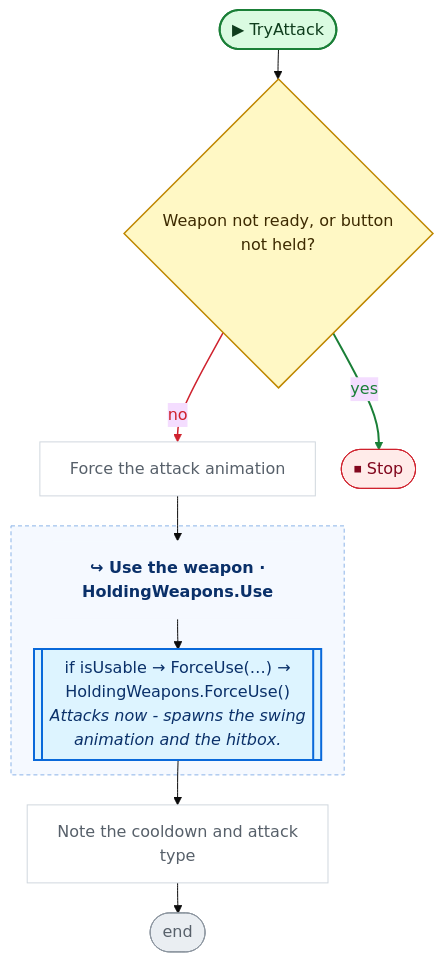
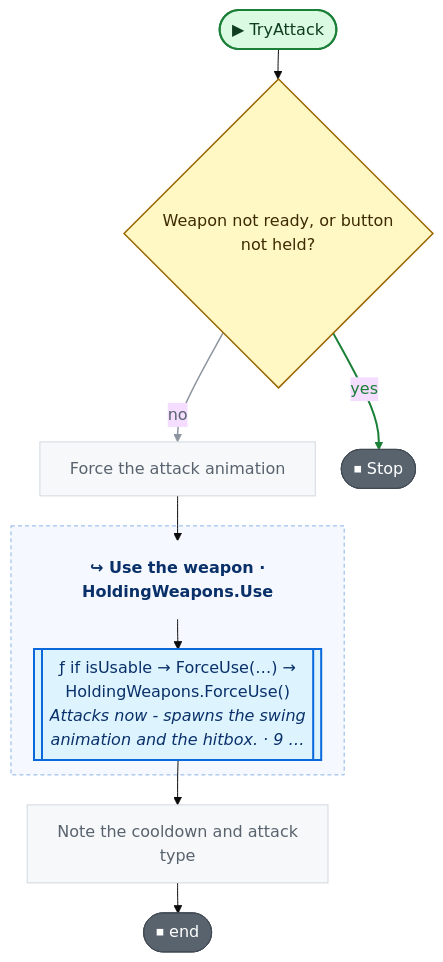
One commit to nataiai/Lord-of-the-Dungeon changed the ninth of 15 diagrams in CodeGraph~/graph/Player.cs.md. Above: the diagram before and after it, drawn with Mermaid (base theme). The commit also changed other lines of this file and 57 other files, not shown here.

````diff
--- a/CodeGraph~/graph/Player.cs.md
+++ b/CodeGraph~/graph/Player.cs.md
@@ -503,53 +494,53 @@
 ```mermaid
 ---
 config:
   flowchart:
     wrappingWidth: 260
     nodeSpacing: 26
     rankSpacing: 30
 ---
 flowchart TD
   nS(["▶ TryAttack"])
   n441299{"Weapon not ready, or button<br>not held?"}
   nc39e71["Force the attack animation"]
   n3a92de_h["↪ Use the weapon ·<br>HoldingWeapons.Use"]
-  n3a92de_n173662[["if isUsable → ForceUse(…) →<br>HoldingWeapons.ForceUse()<br><i>Attacks now - spawns the swing</i><br><i>animation and the hitbox.</i>"]]
+  n3a92de_n173662[["ƒ if isUsable → ForceUse(…) →<br>HoldingWeapons.ForceUse()<br><i>Attacks now - spawns the swing</i><br><i>animation and the hitbox. · 9 …</i>"]]
   na7960c["Note the cooldown and attack<br>type"]
-  nE(["end"])
+  nE(["⏹ end"])
   nb2e4fc(["⏹ Stop"])
   subgraph n3a92de_g[" "]
     n3a92de_h
     n3a92de_n173662
   end
   style n3a92de_g fill:#f5f9ff,stroke:#8cb4e8,stroke-dasharray:4 3,color:#0a3069
   nS --> n441299
   n441299 -->|no| nc39e71
   n441299 -->|yes| nb2e4fc
   nc39e71 --> n3a92de_h
   na7960c --> nE
   n3a92de_h --> n3a92de_n173662
   n3a92de_n173662 --> na7960c
-  linkStyle 1 stroke:#cf222e,stroke-width:1.5px,color:#cf222e
+  linkStyle 1 stroke:#8c959f,stroke-width:1.5px,color:#59636e
   linkStyle 2 stroke:#1a7f37,stroke-width:2px,color:#1a7f37
   classDef unity fill:#dafbe1,stroke:#1a7f37,stroke-width:2px,color:#0f3d1d
   classDef start fill:#dafbe1,stroke:#1a7f37,stroke-width:2px,color:#0f3d1d
-  classDef calc fill:#ffffff,stroke:#d0d7de,color:#57606a
+  classDef calc fill:#f6f8fa,stroke:#d1d9e0,color:#59636e
   classDef calls fill:#ddf4ff,stroke:#0969da,stroke-width:2px,color:#0a3069
-  classDef ext fill:#ddf4ff,stroke:#0969da,stroke-width:2px,stroke-dasharray:5 3,color:#0a3069
-  classDef cond fill:#fff8c5,stroke:#bf8700,stroke-width:1.5px,color:#3d2a00
-  classDef loop fill:#f6f8fa,stroke:#57606a,color:#1f2328
-  classDef exit fill:#ffebe9,stroke:#cf222e,color:#82071e
+  classDef ext fill:#f6f8fa,stroke:#59636e,stroke-width:1.5px,stroke-dasharray:5 5,color:#1f2328
+  classDef cond fill:#fff8c5,stroke:#9a6700,stroke-width:1.5px,color:#3d2a00
+  classDef loop fill:#fff8c5,stroke:#9a6700,color:#3d2a00
+  classDef wait fill:#fff8c5,stroke:#9a6700,color:#3d2a00
+  classDef exit fill:#59636e,stroke:#424a53,color:#ffffff
+  classDef fin fill:#59636e,stroke:#424a53,color:#ffffff
+  classDef act fill:#ffffff,stroke:#59636e,stroke-width:1.5px,color:#1f2328
   classDef kill fill:#ffebe9,stroke:#cf222e,stroke-width:2px,color:#82071e
-  classDef spawn fill:#dafbe1,stroke:#1a7f37,stroke-width:2px,color:#0f3d1d
-  classDef wait fill:#fff1e5,stroke:#bc4c00,color:#4d1d00
-  classDef fin fill:#eaeef2,stroke:#8c959f,color:#57606a
   classDef join fill:#d0d7de,stroke:#8c959f,color:#57606a
   classDef ghdr fill:#f5f9ff,stroke:#f5f9ff,color:#0a3069,font-weight:bold
   class nc39e71,na7960c calc
   class n3a92de_n173662 calls
   class n441299 cond
   class nb2e4fc exit
   class nE fin
   class n3a92de_h ghdr
   class nS start
 ```
````
